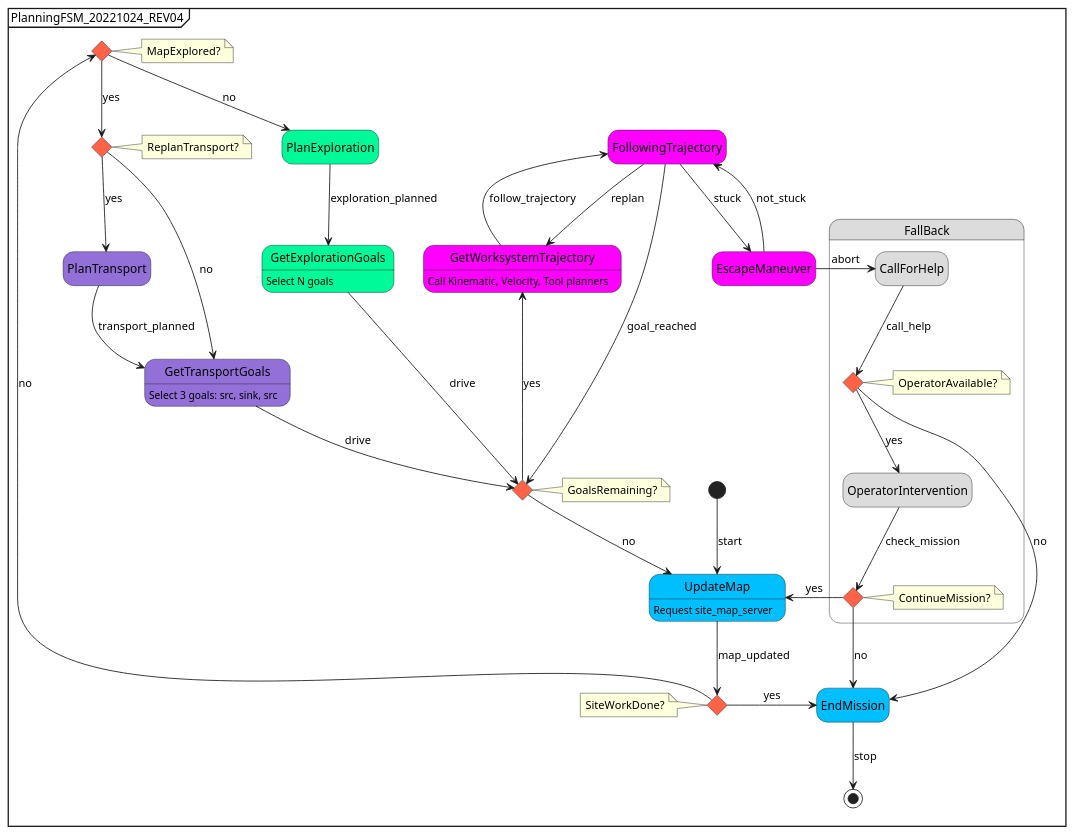
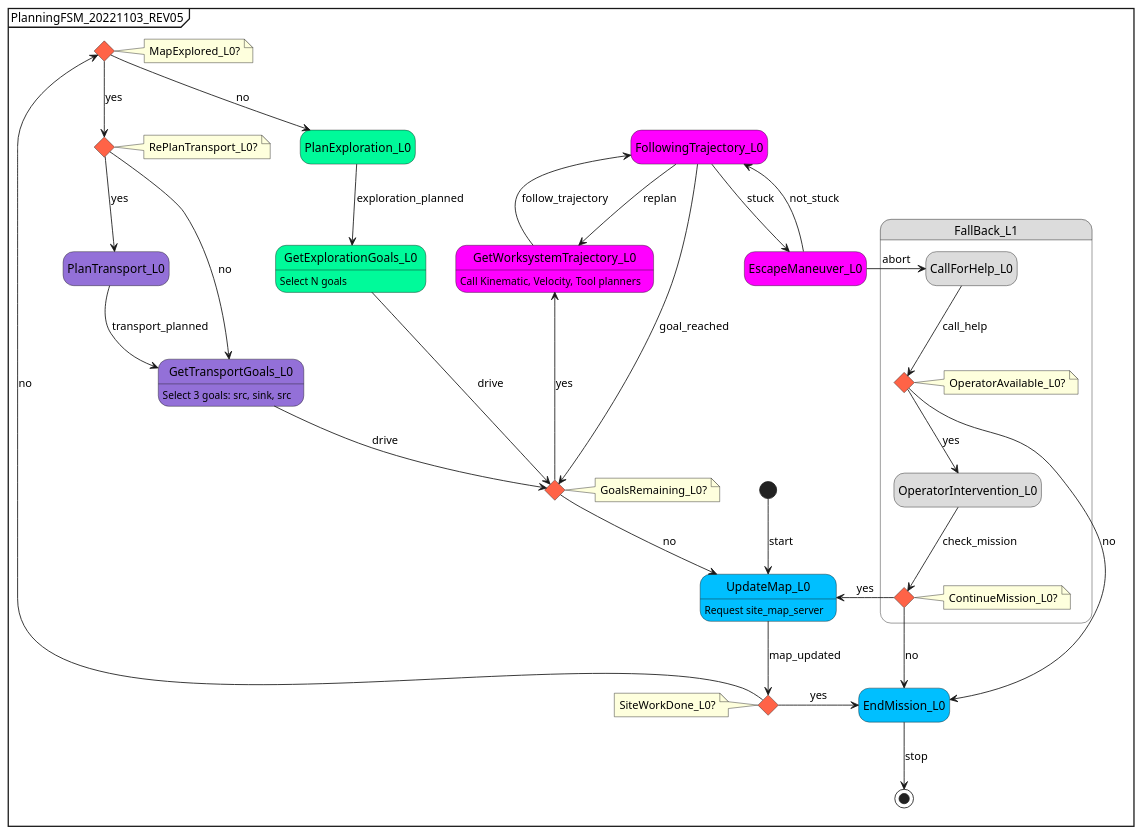
The second of 2 diagrams in cg_ws/src/planning/doc/fsm.puml (CraterGrader/CRATER_GRADER), drawn with PlantUML before and after one commit. The commit also changed 1 other file, not shown here.

Commit message:
update diagram for state levels

```diff
--- a/cg_ws/src/planning/doc/fsm.puml
+++ b/cg_ws/src/planning/doc/fsm.puml
@@ -5,102 +5,102 @@
-@startuml PlanningFSM_20221024_REV04
-mainframe PlanningFSM_20221024_REV04
+@startuml PlanningFSM_20221103_REV05
+mainframe PlanningFSM_20221103_REV05
 ' Formatting
 ' ------------------------------------
 hide empty description
 
 ' State blocks
 skinparam state {
   BackgroundColor #DeepSkyBlue
 }
 
 ' choice blocks
 <style>
   diamond {
     BackgroundColor #Tomato
 }
 </style>
 
 
 ' States and Interactions
 ' ------------------------------------
 ' Global states
-state EndMission
-state PlanExploration #MediumSpringGreen
-state PlanTransport #MediumPurple
-state UpdateMap
-  UpdateMap : Request site_map_server
-state GetExplorationGoals #MediumSpringGreen
-  GetExplorationGoals : Select N goals
-state GetTransportGoals #MediumPurple
-  GetTransportGoals : Select 3 goals: src, sink, src
-state MapExplored <<choice>>
-  note right of MapExplored
-    MapExplored?
+state EndMission_L0
+state PlanExploration_L0 #MediumSpringGreen
+state PlanTransport_L0 #MediumPurple
+state UpdateMap_L0
+  UpdateMap_L0 : Request site_map_server
+state GetExplorationGoals_L0 #MediumSpringGreen
+  GetExplorationGoals_L0 : Select N goals
+state GetTransportGoals_L0 #MediumPurple
+  GetTransportGoals_L0 : Select 3 goals: src, sink, src
+state MapExplored_L0 <<choice>>
+  note right of MapExplored_L0
+    MapExplored_L0?
   end note
-state SiteWorkDone <<choice>>
-  note left of SiteWorkDone
-    SiteWorkDone?
+state SiteWorkDone_L0 <<choice>>
+  note left of SiteWorkDone_L0
+    SiteWorkDone_L0?
   end note
-state ReplanTransport <<choice>>
-  note right of ReplanTransport
-    ReplanTransport?
+state RePlanTransport_L0 <<choice>>
+  note right of RePlanTransport_L0
+    RePlanTransport_L0?
   end note
 
 ' Fallback states
-state FallBack #Gainsboro {
-  state CallForHelp #Gainsboro 
-  state OperatorIntervention #Gainsboro 
-  state OperatorAvailable <<choice>>
-    note right of OperatorAvailable
-    OperatorAvailable?
+state FallBack_L1 #Gainsboro {
+  state CallForHelp_L0 #Gainsboro 
+  state OperatorIntervention_L0 #Gainsboro 
+  state OperatorAvailable_L0 <<choice>>
+    note right of OperatorAvailable_L0
+    OperatorAvailable_L0?
     end note
-  state ContinueMission <<choice>>
-    note right of ContinueMission
-      ContinueMission?
+  state ContinueMission_L0 <<choice>>
+    note right of ContinueMission_L0
+      ContinueMission_L0?
     end note
 
   ' Fallback state interactions
-  CallForHelp -d-> OperatorAvailable : call_help
-  OperatorAvailable -d-> OperatorIntervention : yes
-    OperatorIntervention -d-> ContinueMission : check_mission
-      ContinueMission -l-> UpdateMap : yes
-      ContinueMission -d-> EndMission : no
-  OperatorAvailable -d-> EndMission : no
+  CallForHelp_L0 -d-> OperatorAvailable_L0 : call_help
+  OperatorAvailable_L0 -d-> OperatorIntervention_L0 : yes
+    OperatorIntervention_L0 -d-> ContinueMission_L0 : check_mission
+      ContinueMission_L0 -l-> UpdateMap_L0 : yes
+      ContinueMission_L0 -d-> EndMission_L0 : no
+  OperatorAvailable_L0 -d-> EndMission_L0 : no
 }
 
 ' Driving states
-state FollowingTrajectory #Magenta
-state EscapeManeuver #Magenta
-state GetWorksystemTrajectory #Magenta
-  GetWorksystemTrajectory : Call Kinematic, Velocity, Tool planners
-state GoalsRemaining <<choice>>
-  note right of GoalsRemaining
-    GoalsRemaining?
+state FollowingTrajectory_L0 #Magenta
+state EscapeManeuver_L0 #Magenta
+state GetWorksystemTrajectory_L0 #Magenta
+  GetWorksystemTrajectory_L0 : Call Kinematic, Velocity, Tool planners
+state GoalsRemaining_L0 <<choice>>
+  note right of GoalsRemaining_L0
+    GoalsRemaining_L0?
   end note
 
 ' Driving state interactions
-GoalsRemaining -u-> GetWorksystemTrajectory : yes
-  GetWorksystemTrajectory -u-> FollowingTrajectory : follow_trajectory
-    FollowingTrajectory --> GoalsRemaining : goal_reached
-    FollowingTrajectory --> GetWorksystemTrajectory : replan
-    FollowingTrajectory --> EscapeManeuver : stuck
-      EscapeManeuver -d-> FollowingTrajectory : not_stuck
-      EscapeManeuver -r->  CallForHelp : abort
-GoalsRemaining -d-> UpdateMap : no
+GoalsRemaining_L0 -u-> GetWorksystemTrajectory_L0 : yes
+  GetWorksystemTrajectory_L0 -u-> FollowingTrajectory_L0 : follow_trajectory
+    FollowingTrajectory_L0 --> GoalsRemaining_L0 : goal_reached
+    FollowingTrajectory_L0 --> GetWorksystemTrajectory_L0 : replan
+    FollowingTrajectory_L0 --> EscapeManeuver_L0 : stuck
+      EscapeManeuver_L0 -d-> FollowingTrajectory_L0 : not_stuck
+      EscapeManeuver_L0 -r->  CallForHelp_L0 : abort
+GoalsRemaining_L0 -d-> UpdateMap_L0 : no
 
 ' Global state interactions
-[*] -d-> UpdateMap : start
-  UpdateMap -d-> SiteWorkDone : map_updated
-  SiteWorkDone -r-> EndMission : yes
-  SiteWorkDone -l-> MapExplored : no
-    MapExplored -d-> ReplanTransport : yes
-      ReplanTransport -d-> PlanTransport : yes
-        PlanTransport -d-> GetTransportGoals : transport_planned
-      ReplanTransport -d-> GetTransportGoals : no
-        GetTransportGoals -d-> GoalsRemaining : drive
-    MapExplored -d-> PlanExploration : no
-      PlanExploration -d-> GetExplorationGoals : exploration_planned
-      GetExplorationGoals -d-> GoalsRemaining : drive
-EndMission --> [*] : stop
+[*] -d-> UpdateMap_L0 : start
+  UpdateMap_L0 -d-> SiteWorkDone_L0 : map_updated
+  SiteWorkDone_L0 -r-> EndMission_L0 : yes
+  SiteWorkDone_L0 -l-> MapExplored_L0 : no
+    MapExplored_L0 -d-> RePlanTransport_L0 : yes
+      RePlanTransport_L0 -d-> PlanTransport_L0 : yes
+        PlanTransport_L0 -d-> GetTransportGoals_L0 : transport_planned
+      RePlanTransport_L0 -d-> GetTransportGoals_L0 : no
+        GetTransportGoals_L0 -d-> GoalsRemaining_L0 : drive
+    MapExplored_L0 -d-> PlanExploration_L0 : no
+      PlanExploration_L0 -d-> GetExplorationGoals_L0 : exploration_planned
+      GetExplorationGoals_L0 -d-> GoalsRemaining_L0 : drive
+EndMission_L0 --> [*] : stop
 
 @enduml
```
